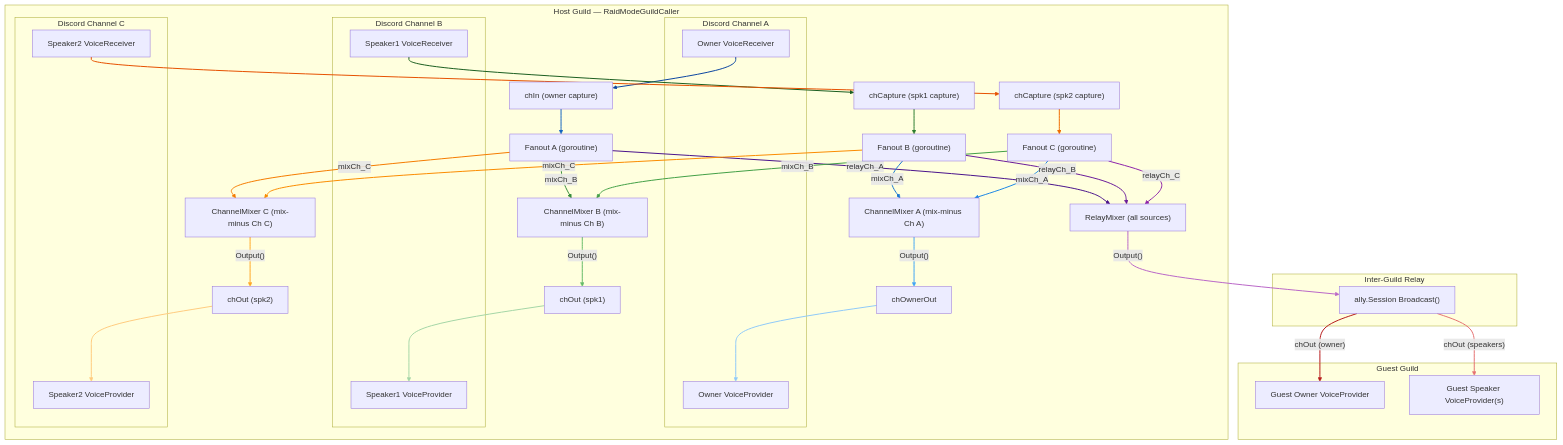
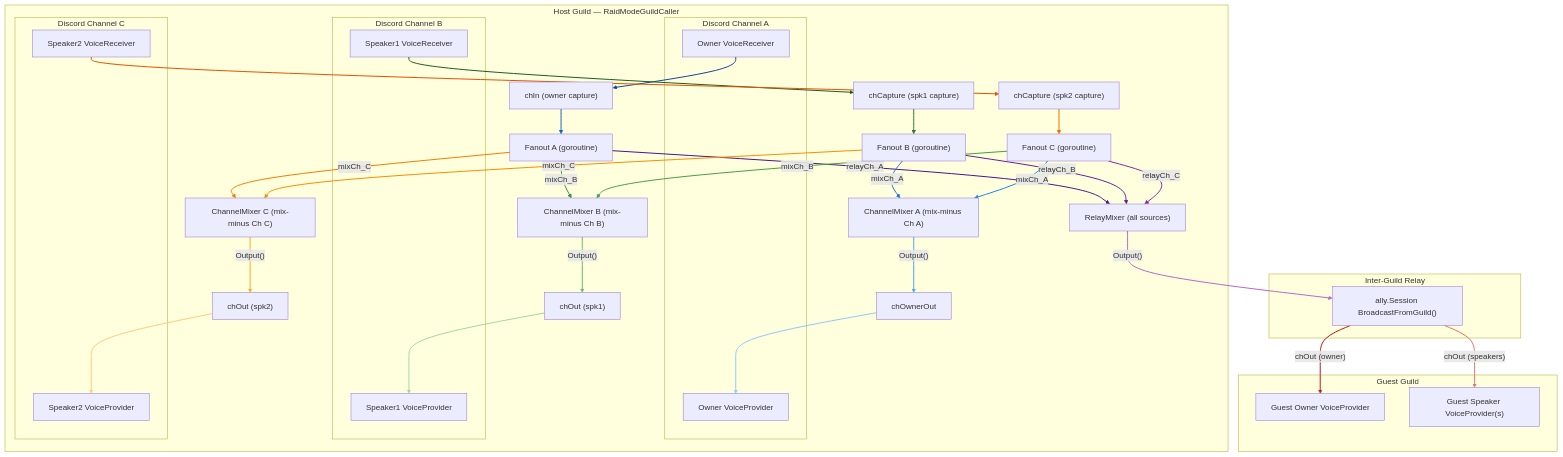
The second of 3 diagrams in VOICE_FLOW.md (sealbro/go-discord-caller), drawn with Mermaid before and after one commit. The commit also changed other lines of this file, not shown here.

Commit message:
doc: update VOICE_FLOW.md to reflect changes in session broadcast methods and improve channel flow descriptions

```diff
--- a/VOICE_FLOW.md
+++ b/VOICE_FLOW.md
@@ -168,7 +168,7 @@
     end
 
     subgraph RELAY["Inter-Guild Relay"]
-        AllySession["ally.Session Broadcast()"]
+        AllySession["ally.Session BroadcastFromGuild()"]
         RelayMix -- "Output()" --> AllySession
     end
 
```
